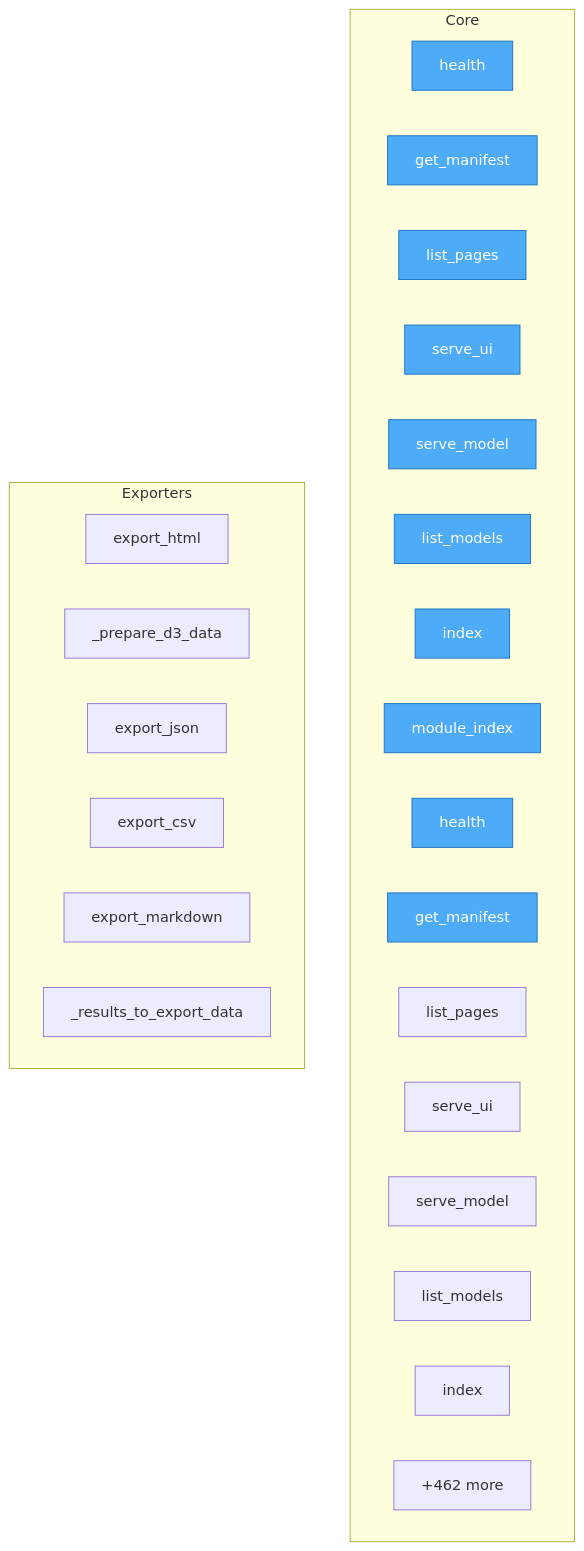
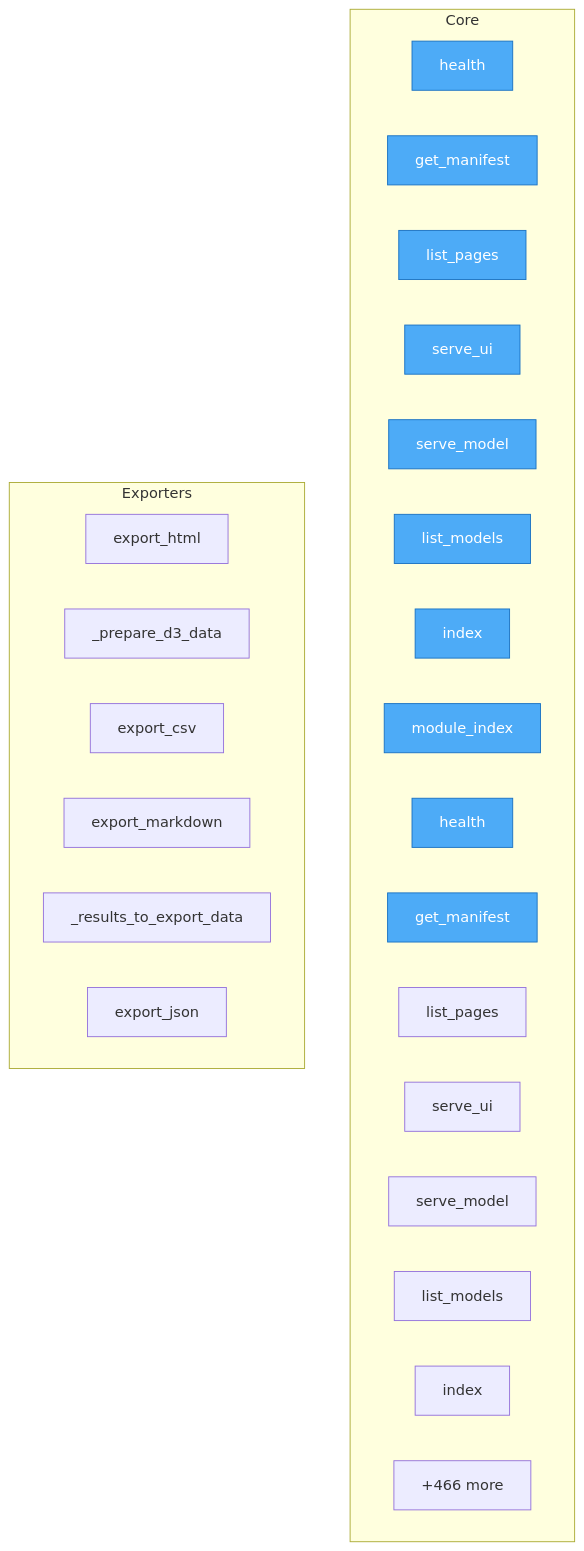
One commit to semcod/resplit changed the diagram in project/flow.mmd. Above: the diagram before and after it, drawn with Mermaid. The commit also changed 31 other files, not shown here.

```diff
--- a/project/flow.mmd
+++ b/project/flow.mmd
@@ -1,35 +1,35 @@
 flowchart TD
 %% generated in 0.01s
 
     %% Entry points (blue)
     classDef entry fill:#4dabf7,stroke:#1971c2,color:#fff
 
     subgraph Core
         restored_c2004_health__api_health__backend__modules__connect_config_network__api__main__health["health"]
         restored_c2004_health__api_health__backend__modules__connect_config_network__api__main__get_manifest["get_manifest"]
         restored_c2004_health__api_health__backend__modules__connect_config_network__api__main__list_pages["list_pages"]
         restored_c2004_health__api_health__backend__modules__connect_config_network__api__main__serve_ui["serve_ui"]
         restored_c2004_health__api_health__backend__modules__connect_config_network__api__main__serve_model["serve_model"]
         restored_c2004_health__api_health__backend__modules__connect_config_network__api__main__list_models["list_models"]
         restored_c2004_health__api_health__backend__modules__connect_config_network__api__main__index["index"]
         restored_c2004_health__api_health__backend__modules__connect_config_network__api__main__module_index["module_index"]
         restored_c2004_health__api_health__backend__modules__connect_id_user_list__api__main__health["health"]
         restored_c2004_health__api_health__backend__modules__connect_id_user_list__api__main__get_manifest["get_manifest"]
         restored_c2004_health__api_health__backend__modules__connect_id_user_list__api__main__list_pages["list_pages"]
         restored_c2004_health__api_health__backend__modules__connect_id_user_list__api__main__serve_ui["serve_ui"]
         restored_c2004_health__api_health__backend__modules__connect_id_user_list__api__main__serve_model["serve_model"]
         restored_c2004_health__api_health__backend__modules__connect_id_user_list__api__main__list_models["list_models"]
         restored_c2004_health__api_health__backend__modules__connect_id_user_list__api__main__index["index"]
-        ...["+462 more"]
+        ...["+466 more"]
     end
 
     subgraph Exporters
         rebuild__analysis__graph_exporter__GraphExporter__export_html["export_html"]
         rebuild__analysis__graph_exporter__GraphExporter___prepare_d3_data["_prepare_d3_data"]
-        rebuild__analysis__service_graph__MultiRepoAnalyzer__export_json["export_json"]
         rebuild__application__services__reporting__reporter__ReporterService__export_csv["export_csv"]
         rebuild__application__services__reporting__reporter__ReporterService__export_markdown["export_markdown"]
         rebuild__application__services__reporting__reporter__ReporterService___results_to_export_data["_results_to_export_data"]
+        rebuild__analysis__service_graph__MultiRepoAnalyzer__export_json["export_json"]
     end
 
     class restored_c2004_health__api_health__backend__modules__connect_config_network__api__main__health,restored_c2004_health__api_health__backend__modules__connect_config_network__api__main__get_manifest,restored_c2004_health__api_health__backend__modules__connect_config_network__api__main__list_pages,restored_c2004_health__api_health__backend__modules__connect_config_network__api__main__serve_ui,restored_c2004_health__api_health__backend__modules__connect_config_network__api__main__serve_model,restored_c2004_health__api_health__backend__modules__connect_config_network__api__main__list_models,restored_c2004_health__api_health__backend__modules__connect_config_network__api__main__index,restored_c2004_health__api_health__backend__modules__connect_config_network__api__main__module_index,restored_c2004_health__api_health__backend__modules__connect_id_user_list__api__main__health,restored_c2004_health__api_health__backend__modules__connect_id_user_list__api__main__get_manifest entry
```
